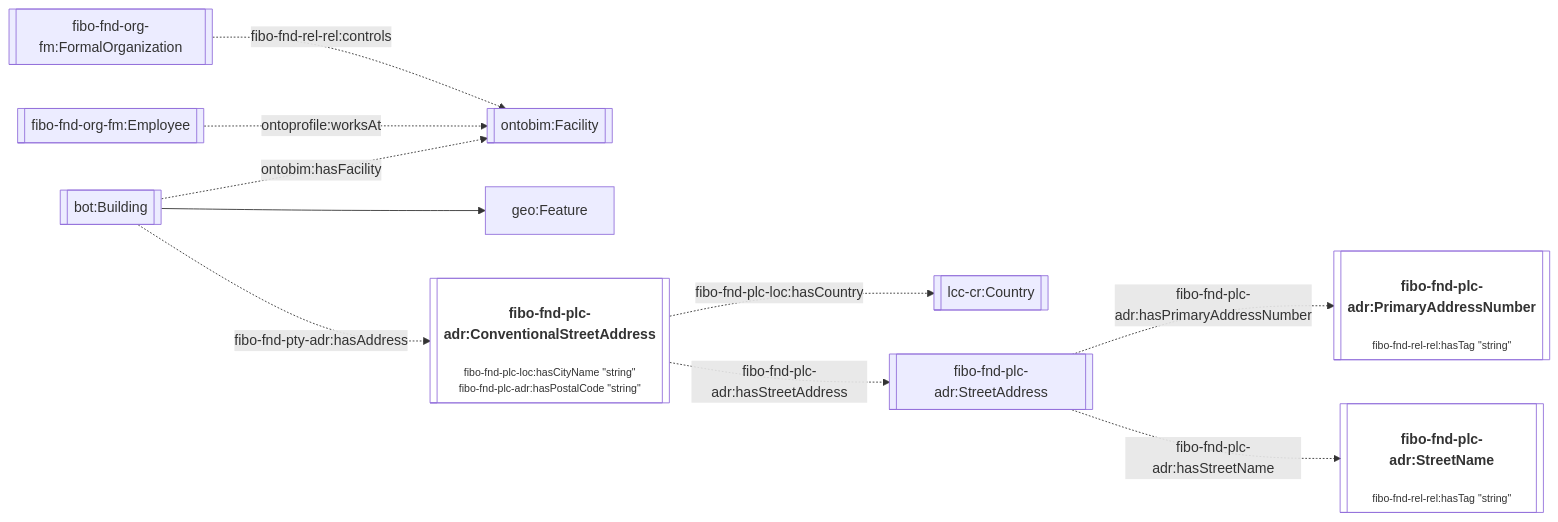
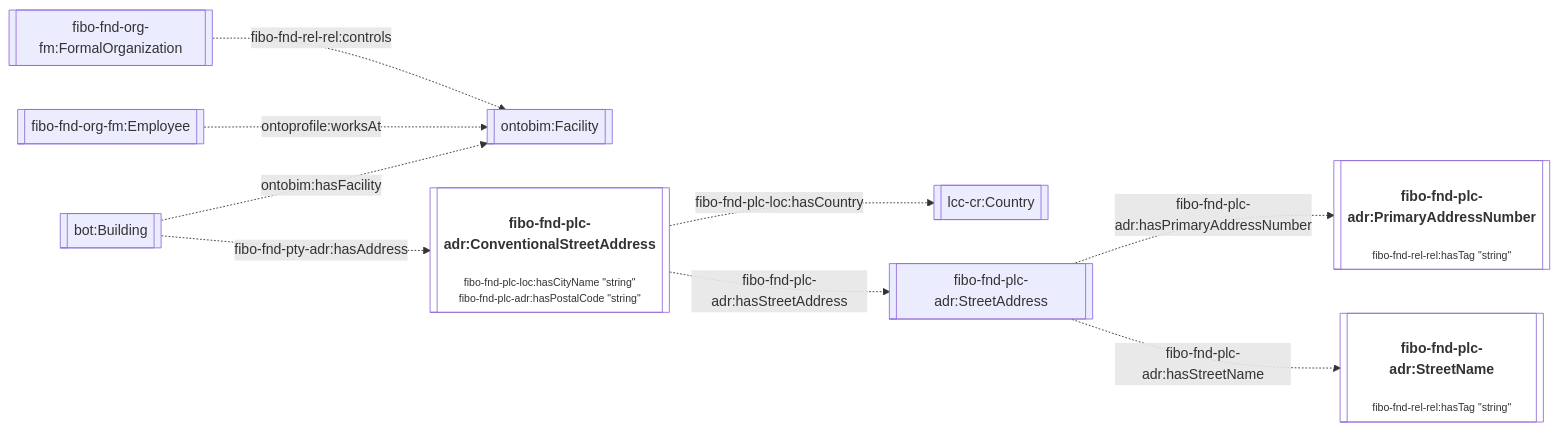
The tenth of 10 diagrams in JPS_Ontology/ontology/ontoprofile/README.MD (cambridge-cares/TheWorldAvatar), drawn with Mermaid before and after one commit. The commit also changed other lines of this file and 2 other files, not shown here.

````diff
--- a/JPS_Ontology/ontology/ontoprofile/README.MD
+++ b/JPS_Ontology/ontology/ontoprofile/README.MD
@@ -227,21 +267,20 @@
 ```mermaid
 flowchart LR
     %% Styling
     classDef literal fill:none
     classDef node overflow-wrap:break-word,text-wrap:pretty
     linkStyle default overflow-wrap:break-word,text-wrap:pretty;
 
     %% Contents
     Org[[fibo-fnd-org-fm:FormalOrganization]] -. fibo-fnd-rel-rel:controls .-> Facility
     Employee[[fibo-fnd-org-fm:Employee]] -. ontoprofile:worksAt .-> Facility
 
-    Building[[bot:Building]] -. ontobim:hasFacility .-> Facility[[ontobim:Facility]]
-    Building --> geo:Feature
+    Building[[bot:Building]]-. ontobim:hasFacility .-> Facility[[ontobim:Facility]]
     Building -. fibo-fnd-pty-adr:hasAddress .-> ConventionalStreetAddress[["<h4>fibo-fnd-plc-adr:ConventionalStreetAddress</h4><p style='font-size:0.75rem;'>fibo-fnd-plc-loc:hasCityName &quot;string&quot;<br>fibo-fnd-plc-adr:hasPostalCode &quot;string&quot;</p>"]]:::literal
 
     ConventionalStreetAddress -. fibo-fnd-plc-loc:hasCountry .-> Country[[lcc-cr:Country]]
     ConventionalStreetAddress -. fibo-fnd-plc-adr:hasStreetAddress .-> StreetAddress[[fibo-fnd-plc-adr:StreetAddress]]
 
     StreetAddress -. fibo-fnd-plc-adr:hasPrimaryAddressNumber .-> PrimaryAddressNumber[["<h4>fibo-fnd-plc-adr:PrimaryAddressNumber</h4><p style='font-size:0.75rem;'>fibo-fnd-rel-rel:hasTag &quot;string&quot;</p>"]]:::literal
     StreetAddress -. fibo-fnd-plc-adr:hasStreetName .-> StreetName[["<h4>fibo-fnd-plc-adr:StreetName</h4><p style='font-size:0.75rem;'>fibo-fnd-rel-rel:hasTag &quot;string&quot;</p>"]]:::literal
 ```
````
